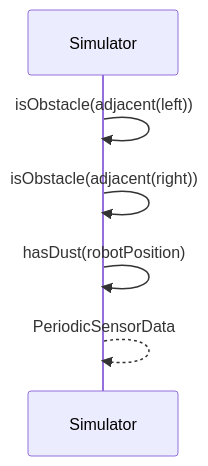
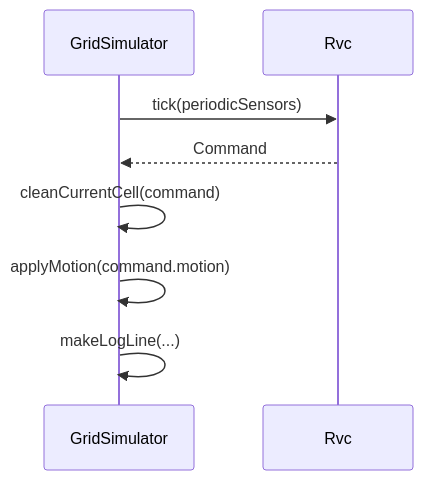
The third of 4 diagrams in docs/ood_sequence_diagrams.md (reload02/ooad-vibe), drawn with Mermaid before and after one commit. The commit also changed other lines of this file and 18 other files, not shown here.

First line of the commit message:
Refactor RVC architecture to enhance modularity and maintainability

````diff
--- a/docs/ood_sequence_diagrams.md
+++ b/docs/ood_sequence_diagrams.md
@@ -39,9 +49,11 @@
 ```mermaid
 sequenceDiagram
-    participant Simulator
+    participant Simulator as GridSimulator
+    participant RVC as Rvc
 
-    Simulator->>Simulator: isObstacle(adjacent(left))
-    Simulator->>Simulator: isObstacle(adjacent(right))
-    Simulator->>Simulator: hasDust(robotPosition)
-    Simulator-->>Simulator: PeriodicSensorData
+    Simulator->>RVC: tick(periodicSensors)
+    RVC-->>Simulator: Command
+    Simulator->>Simulator: cleanCurrentCell(command)
+    Simulator->>Simulator: applyMotion(command.motion)
+    Simulator->>Simulator: makeLogLine(...)
 ```
````
